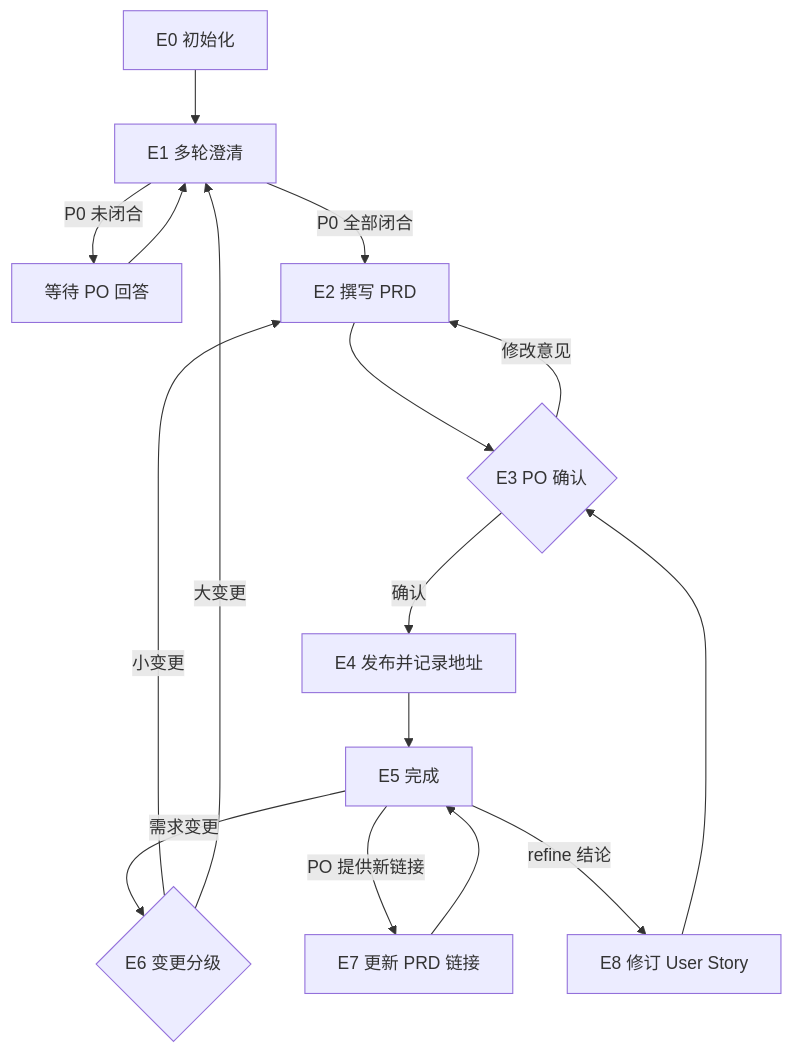
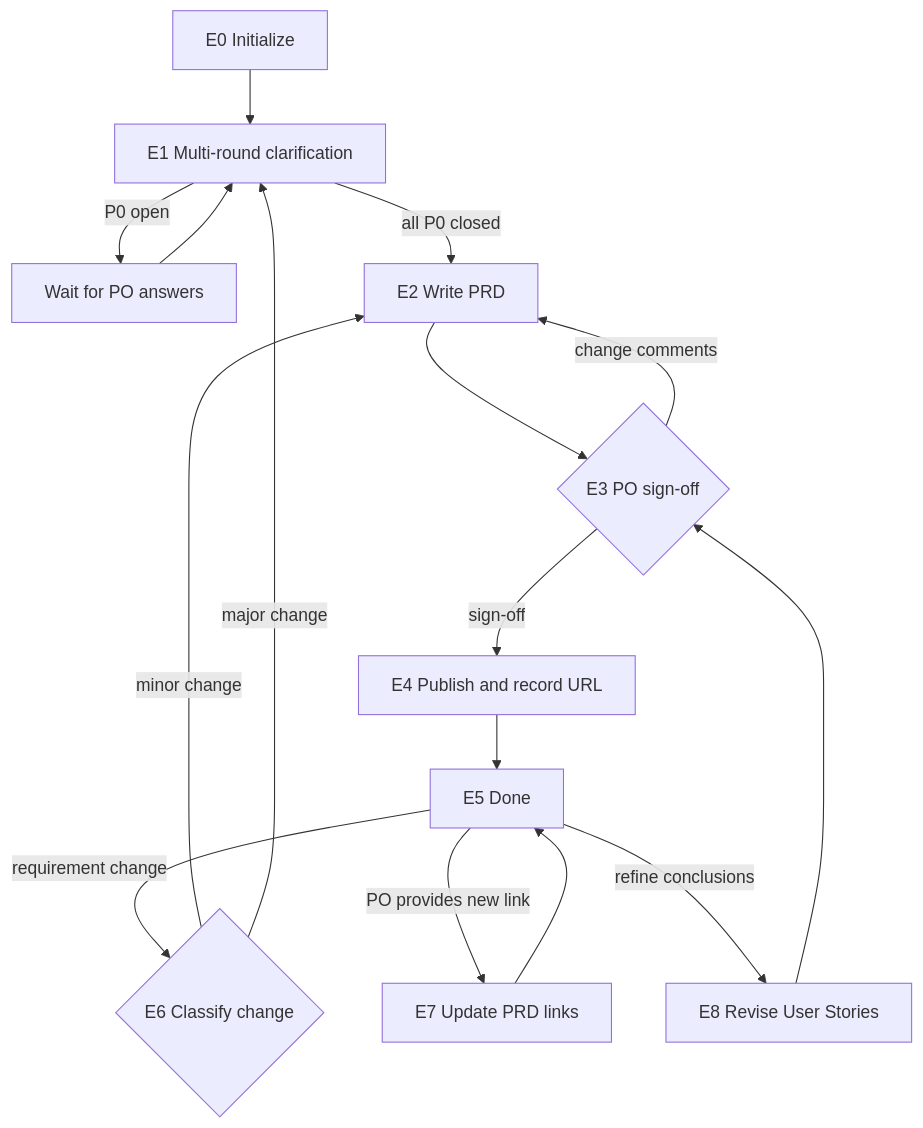
Before and after one commit to mjz-kevin/marriott: the diagram in .cursor/agents/eval-agent.md, drawn with Mermaid. The commit also changed other lines of this file and 17 other files, not shown here.

````diff
--- a/.cursor/agents/eval-agent.md
+++ b/.cursor/agents/eval-agent.md
@@ -197,18 +201,18 @@
 ```mermaid
 flowchart TD
-    E0["E0 初始化"] --> E1["E1 多轮澄清"]
-    E1 -->|"P0 未闭合"| W1["等待 PO 回答"]
+    E0["E0 Initialize"] --> E1["E1 Multi-round clarification"]
+    E1 -->|"P0 open"| W1["Wait for PO answers"]
     W1 --> E1
-    E1 -->|"P0 全部闭合"| E2["E2 撰写 PRD"]
-    E2 --> G1{"E3 PO 确认"}
-    G1 -->|"修改意见"| E2
-    G1 -->|"确认"| E4["E4 发布并记录地址"]
-    E4 --> E5["E5 完成"]
-    E5 -->|"需求变更"| E6{"E6 变更分级"}
-    E6 -->|"小变更"| E2
-    E6 -->|"大变更"| E1
-    E5 -->|"PO 提供新链接"| E7["E7 更新 PRD 链接"]
+    E1 -->|"all P0 closed"| E2["E2 Write PRD"]
+    E2 --> G1{"E3 PO sign-off"}
+    G1 -->|"change comments"| E2
+    G1 -->|"sign-off"| E4["E4 Publish and record URL"]
+    E4 --> E5["E5 Done"]
+    E5 -->|"requirement change"| E6{"E6 Classify change"}
+    E6 -->|"minor change"| E2
+    E6 -->|"major change"| E1
+    E5 -->|"PO provides new link"| E7["E7 Update PRD links"]
     E7 --> E5
-    E5 -->|"refine 结论"| E8["E8 修订 User Story"]
+    E5 -->|"refine conclusions"| E8["E8 Revise User Stories"]
     E8 --> G1
 ```
````
